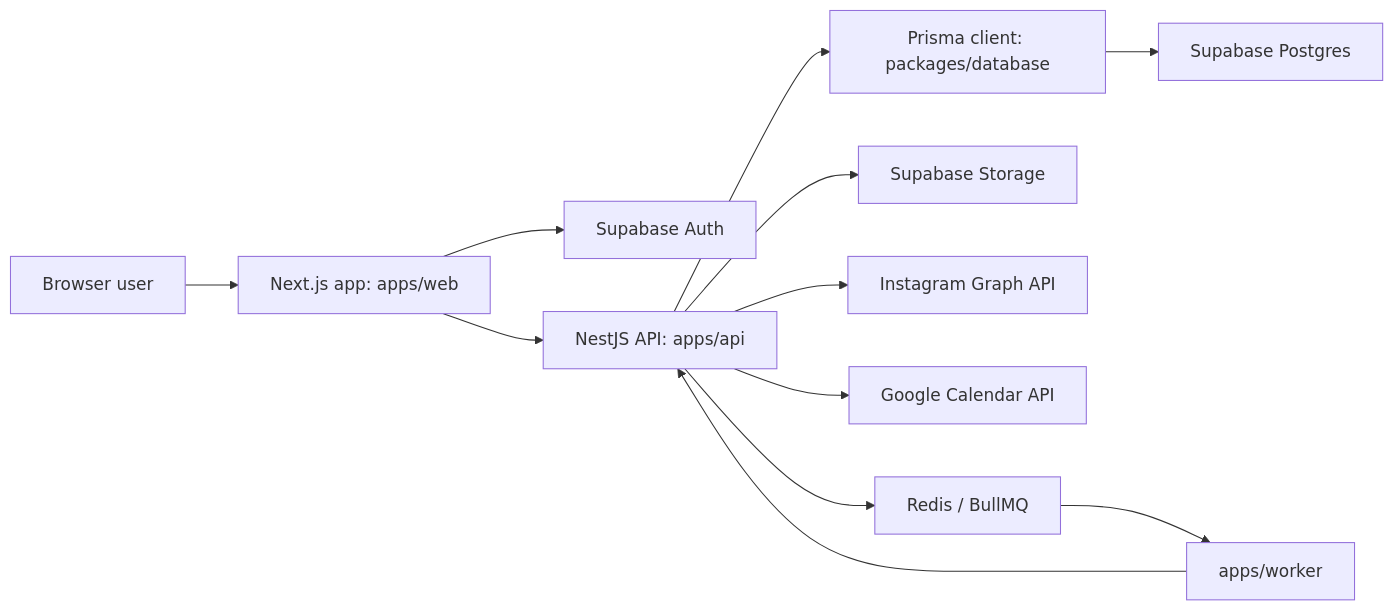
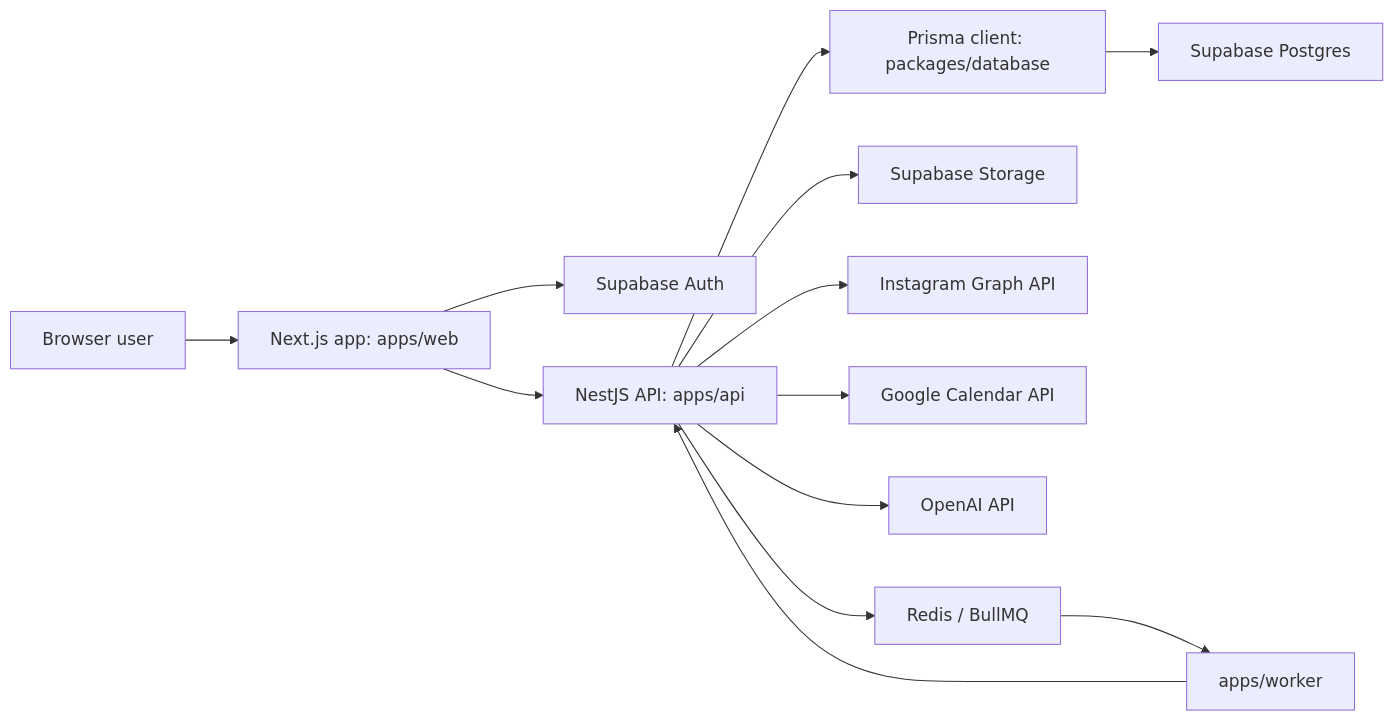
Before and after one commit to toastygoat1/social-manager-app: the first of 2 diagrams in docs/app-handbook.md, drawn with Mermaid. The commit also changed other lines of this file and 11 other files, not shown here.

````diff
--- a/docs/app-handbook.md
+++ b/docs/app-handbook.md
@@ -26,14 +26,15 @@
 ```mermaid
 flowchart LR
   User["Browser user"] --> Web["Next.js app: apps/web"]
   Web --> SupabaseAuth["Supabase Auth"]
   Web --> API["NestJS API: apps/api"]
   API --> Prisma["Prisma client: packages/database"]
   Prisma --> Postgres["Supabase Postgres"]
   API --> Storage["Supabase Storage"]
   API --> Meta["Instagram Graph API"]
   API --> Google["Google Calendar API"]
+  API --> OpenAI["OpenAI API"]
   API --> Redis["Redis / BullMQ"]
   Redis --> Worker["apps/worker"]
   Worker --> API
 ```
````
